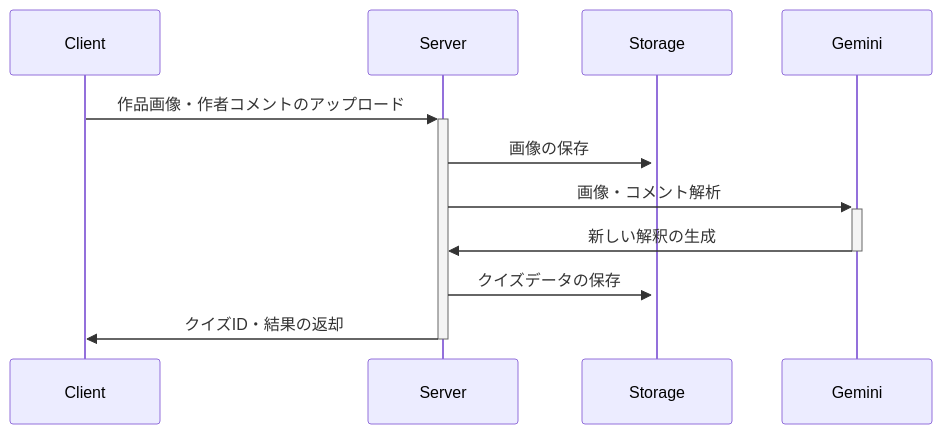
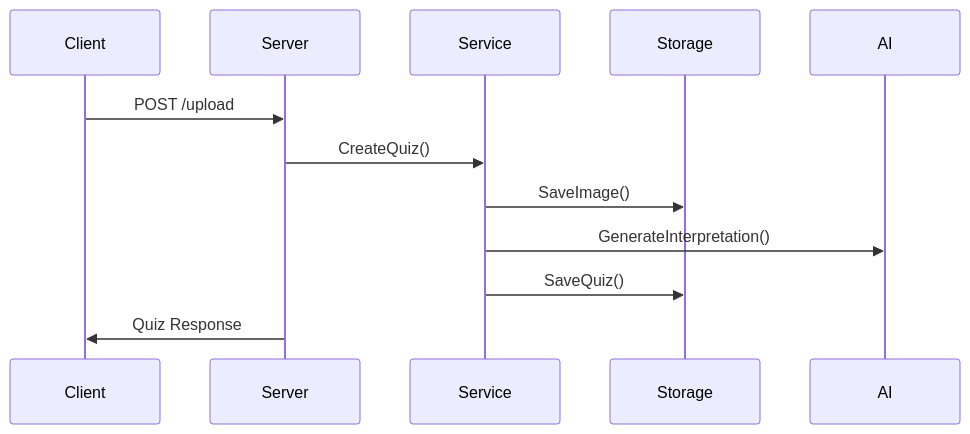
Before and after one commit to ken-ty/zenn_ai_hackathon_2501_backend: the second of 3 diagrams in docs/ARCHITECTURE.md, drawn with Mermaid. The commit also changed other lines of this file and 25 other files, not shown here.

````diff
--- a/docs/ARCHITECTURE.md
+++ b/docs/ARCHITECTURE.md
@@ -195,9 +80,9 @@
    ```mermaid
    sequenceDiagram
-       Client->>+Server: 作品画像・作者コメントのアップロード
-       Server->>+Storage: 画像の保存
-       Server->>+Gemini: 画像・コメント解析
-       Gemini->>-Server: 新しい解釈の生成
-       Server->>Storage: クイズデータの保存
-       Server->>-Client: クイズID・結果の返却
+       Client->>Server: POST /upload
+       Server->>Service: CreateQuiz()
+       Service->>Storage: SaveImage()
+       Service->>AI: GenerateInterpretation()
+       Service->>Storage: SaveQuiz()
+       Server->>Client: Quiz Response
    ```
````
